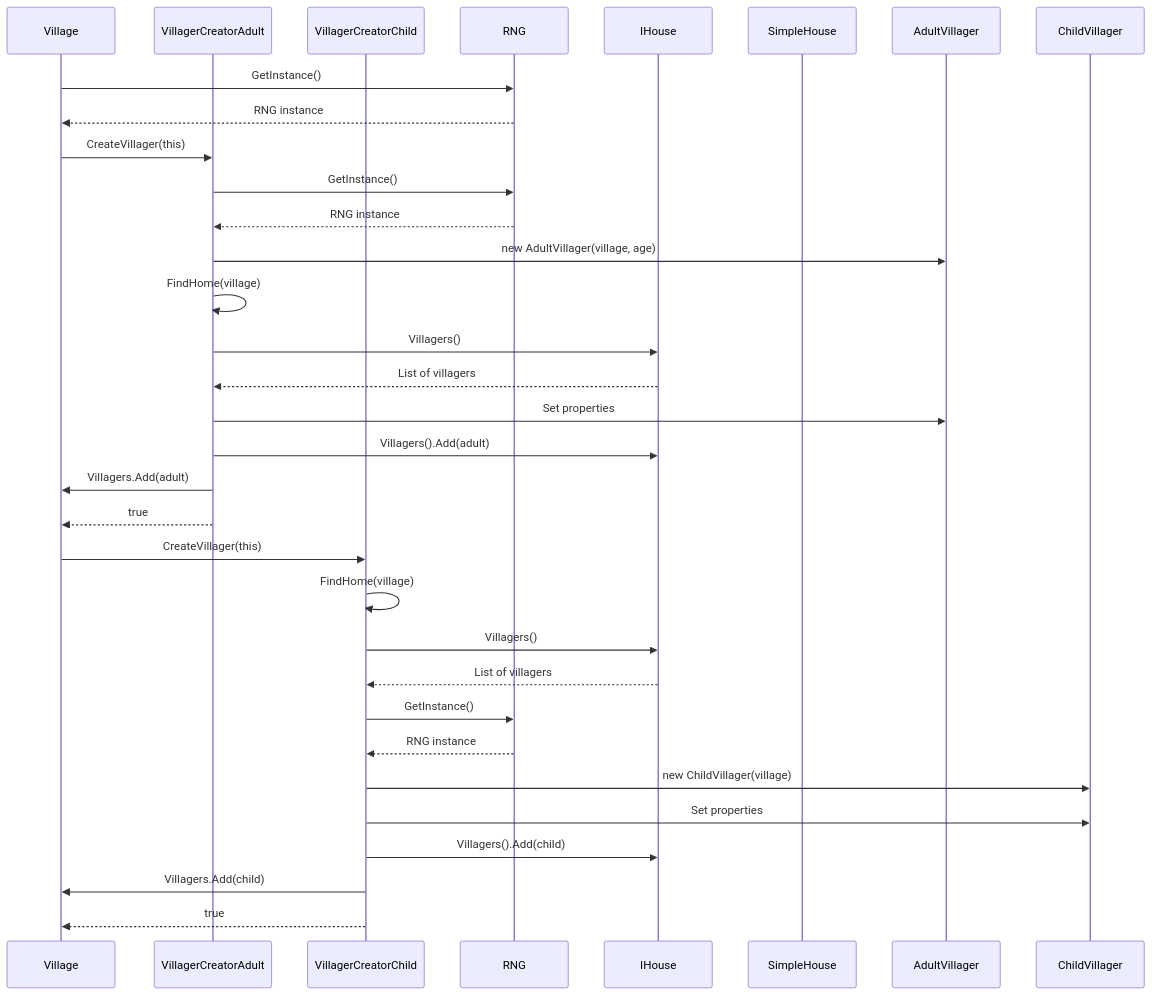
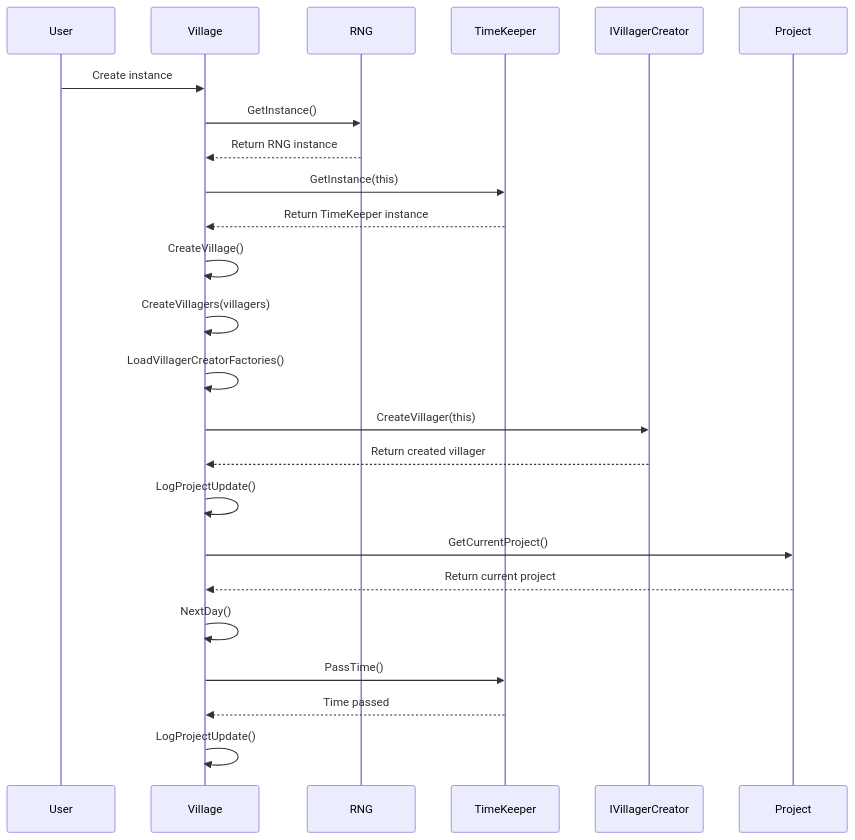
The second of 2 diagrams in README.md (MrSpy60/VilePeople2025), drawn with Mermaid before and after one commit. The commit also changed other lines of this file, not shown here.

````diff
--- a/README.md
+++ b/README.md
@@ -91,40 +171,31 @@
 ```mermaid
 
 sequenceDiagram
+    participant User
     participant Village
-    participant VillagerCreatorAdult
-    participant VillagerCreatorChild
     participant RNG
-    participant IHouse
-    participant SimpleHouse
-    participant AdultVillager
-    participant ChildVillager
+    participant TimeKeeper
+    participant IVillagerCreator
+    participant Project
 
+    User->>Village: Create instance
     Village->>RNG: GetInstance()
-    RNG-->>Village: RNG instance
-    Village->>VillagerCreatorAdult: CreateVillager(this)
-    VillagerCreatorAdult->>RNG: GetInstance()
-    RNG-->>VillagerCreatorAdult: RNG instance
-    VillagerCreatorAdult->>AdultVillager: new AdultVillager(village, age)
-    VillagerCreatorAdult->>VillagerCreatorAdult: FindHome(village)
-    VillagerCreatorAdult->>IHouse: Villagers()
-    IHouse-->>VillagerCreatorAdult: List of villagers
-    VillagerCreatorAdult->>AdultVillager: Set properties
-    VillagerCreatorAdult->>IHouse: Villagers().Add(adult)
-    VillagerCreatorAdult->>Village: Villagers.Add(adult)
-    VillagerCreatorAdult-->>Village: true
+    RNG-->>Village: Return RNG instance
+    Village->>TimeKeeper: GetInstance(this)
+    TimeKeeper-->>Village: Return TimeKeeper instance
+    Village->>Village: CreateVillage()
+    Village->>Village: CreateVillagers(villagers)
+    Village->>Village: LoadVillagerCreatorFactories()
+    Village->>IVillagerCreator: CreateVillager(this)
+    IVillagerCreator-->>Village: Return created villager
+    Village->>Village: LogProjectUpdate()
+    Village->>Project: GetCurrentProject()
+    Project-->>Village: Return current project
+    Village->>Village: NextDay()
+    Village->>TimeKeeper: PassTime()
+    TimeKeeper-->>Village: Time passed
+    Village->>Village: LogProjectUpdate()
 
-    Village->>VillagerCreatorChild: CreateVillager(this)
-    VillagerCreatorChild->>VillagerCreatorChild: FindHome(village)
-    VillagerCreatorChild->>IHouse: Villagers()
-    IHouse-->>VillagerCreatorChild: List of villagers
-    VillagerCreatorChild->>RNG: GetInstance()
-    RNG-->>VillagerCreatorChild: RNG instance
-    VillagerCreatorChild->>ChildVillager: new ChildVillager(village)
-    VillagerCreatorChild->>ChildVillager: Set properties
-    VillagerCreatorChild->>IHouse: Villagers().Add(child)
-    VillagerCreatorChild->>Village: Villagers.Add(child)
-    VillagerCreatorChild-->>Village: true
 
 
 ```
````
